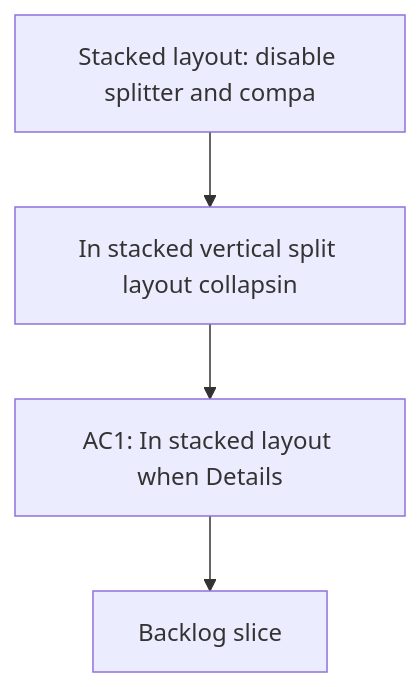
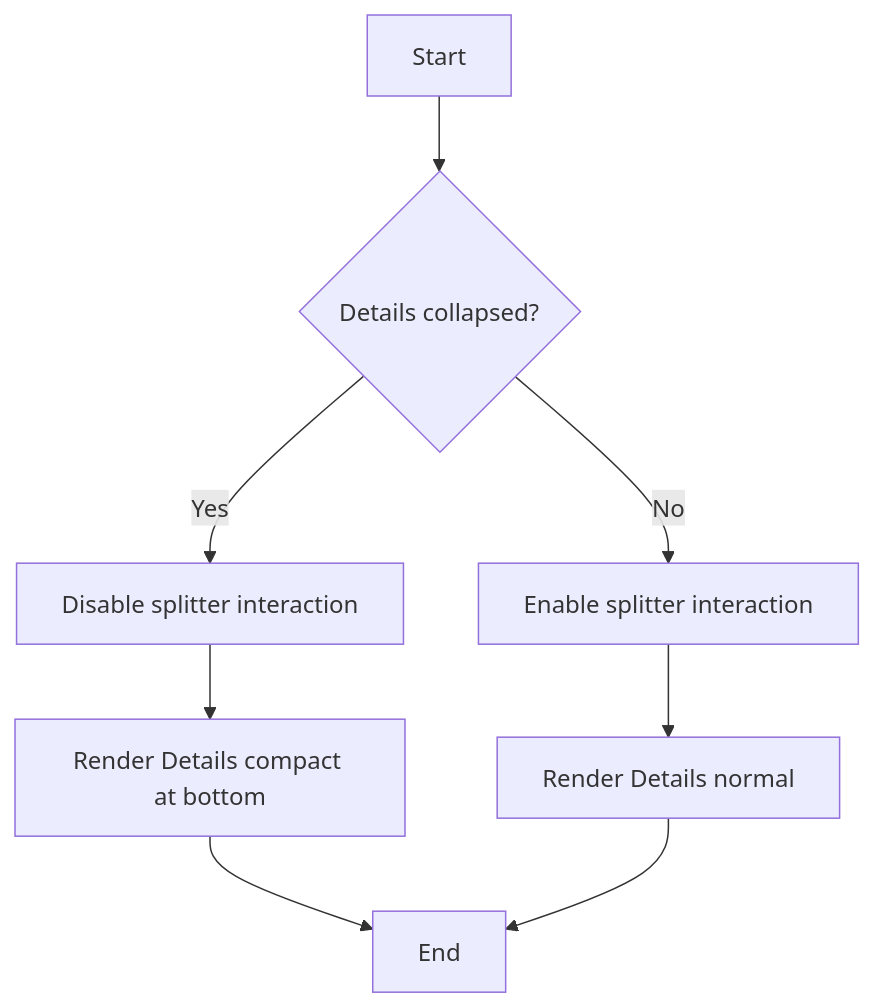
Before and after one commit to AlexAgo83/logics-manager: the diagram in logics/request/req_010_stacked_layout_disable_splitter_and_compact_details_when_collapsed.md, drawn with Mermaid. The commit also changed other lines of this file and 54 other files, not shown here.

````diff
--- a/logics/request/req_010_stacked_layout_disable_splitter_and_compact_details_when_collapsed.md
+++ b/logics/request/req_010_stacked_layout_disable_splitter_and_compact_details_when_collapsed.md
@@ -10,8 +10,12 @@
 ```mermaid
 %% logics-kind: request
 %% logics-signature: request|stacked-layout-disable-splitter-and-comp|in-stacked-vertical-split-layout-collaps|ac1-in-stacked-layout-when-details
 flowchart TD
-    Trigger[Stacked layout: disable splitter and compa] --> Need[In stacked vertical split layout collapsin]
-    Need --> Outcome[AC1: In stacked layout when Details]
-    Outcome --> Backlog[Backlog slice]
+  A[Start] --> B{Details collapsed?}
+  B -- Yes --> C[Disable splitter interaction]
+  C --> D[Render Details compact at bottom]
+  B -- No --> E[Enable splitter interaction]
+  E --> F[Render Details normal]
+  D --> G[End]
+  F --> G
 ```
````
